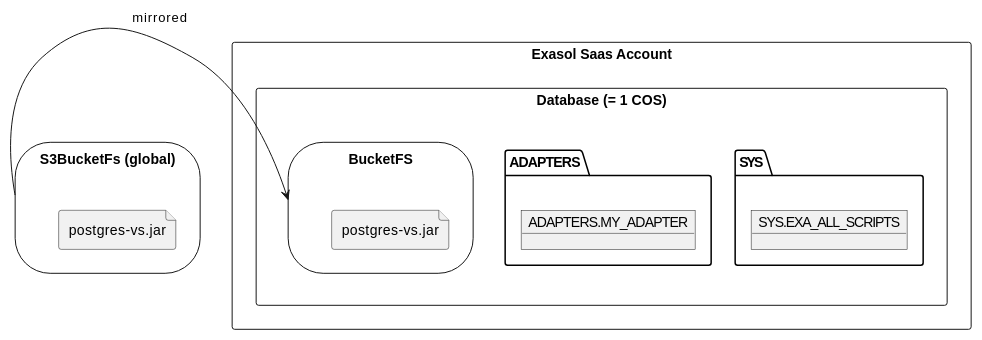
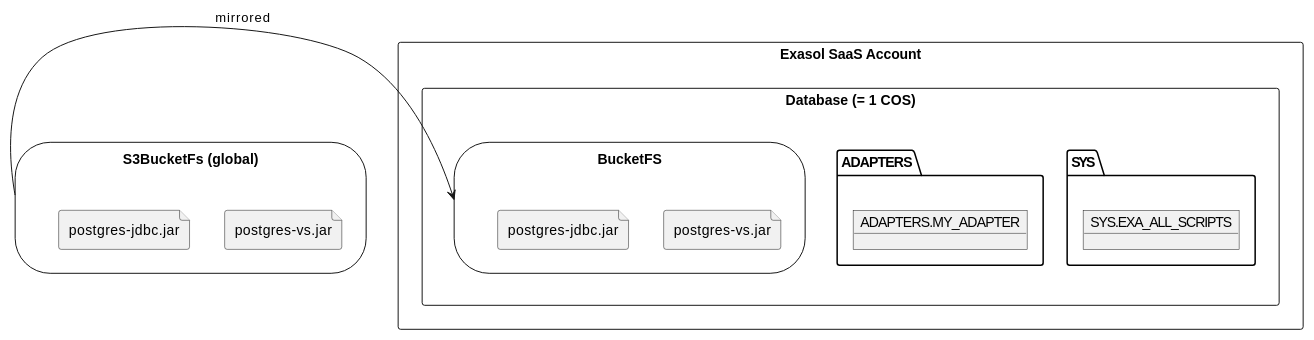
One commit to exasol/extension-manager changed the seventh of 9 diagrams in doc/design/design.md. Above: the diagram before and after it, drawn with PlantUML. The commit also changed other lines of this file, not shown here.

````diff
--- a/doc/design/design.md
+++ b/doc/design/design.md
@@ -292,24 +337,28 @@
 ```plantuml
-rectangle Account as "Exasol Saas Account"{
-rectangle "Database (= 1 COS)"{
-object SYS.EXA_ALL_SCRIPTS{
+@startuml
+rectangle Account as "Exasol SaaS Account" {
+  rectangle "Database (= 1 COS)" {
+    object SYS.EXA_ALL_SCRIPTS {
+    }
 
-}
- 
-object ADAPTERS.MY_ADAPTER{
+    object ADAPTERS.MY_ADAPTER {
+    }
 
+    storage BucketFS {
+      file 1 as "postgres-vs.jar" {
+      }
+      file 2 as "postgres-jdbc.jar" {
+      }
+    }
+  }
 }
 
-storage BucketFS{
-file 1 as "postgres-vs.jar"{
-}
-}
-}
-}
-
-storage s3Bfs as "S3BucketFs (global)"{
-file 2 as "postgres-vs.jar"{
-}
+storage s3Bfs as "S3BucketFs (global)" {
+  file 3 as "postgres-vs.jar" {
+  }
+  file 4 as "postgres-jdbc.jar" {
+  }
 }
 s3Bfs -> BucketFS: mirrored
+@enduml
 ```
````
